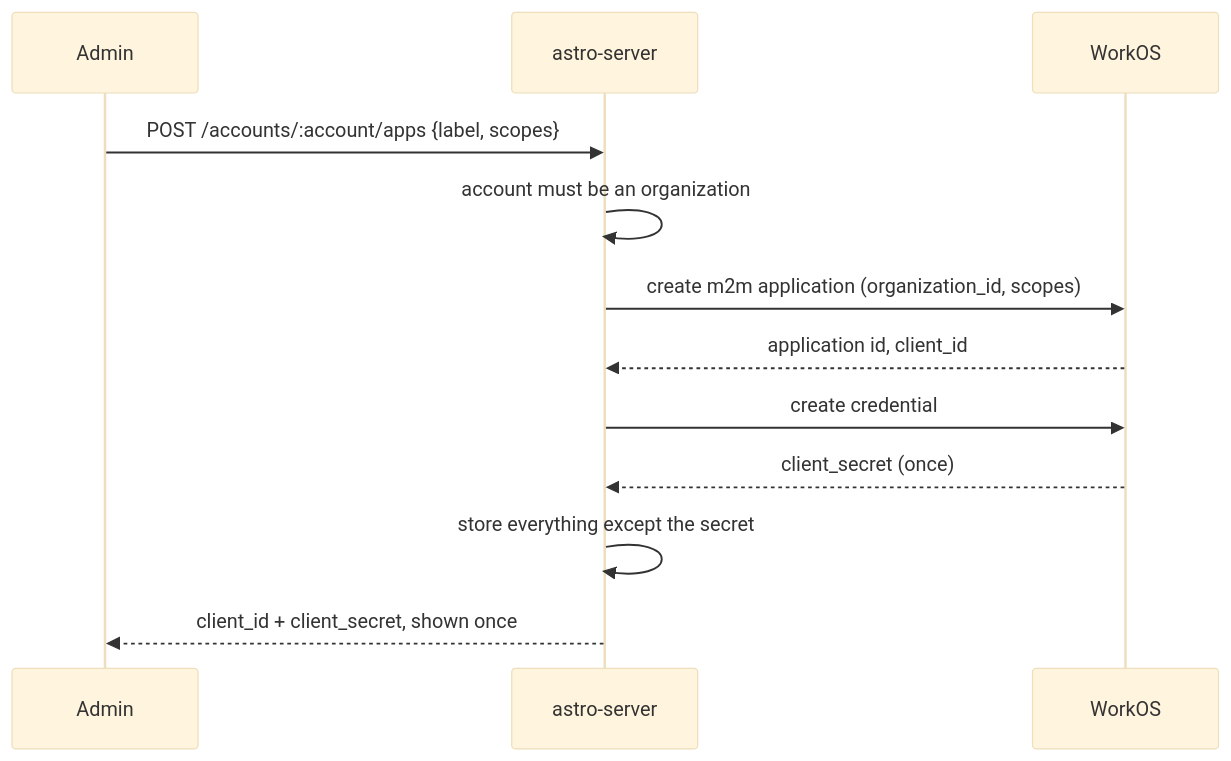
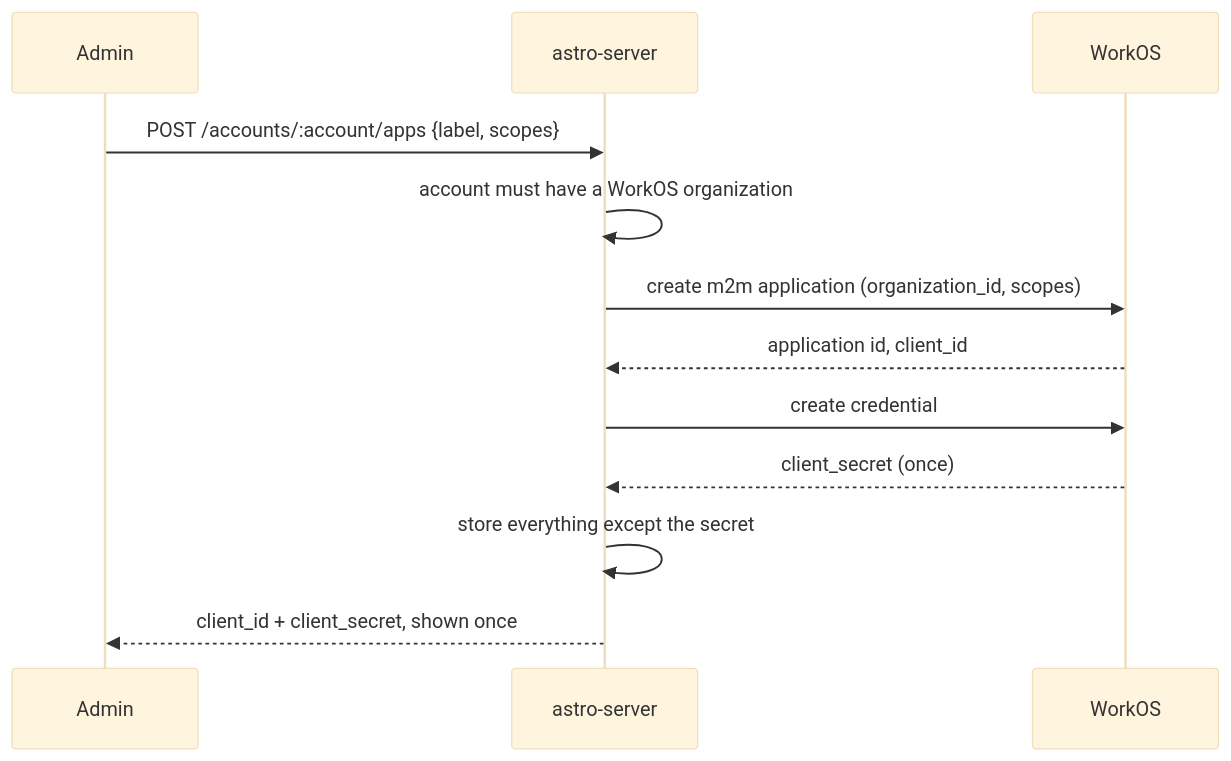
The second of 2 diagrams in docs/01-spec/machine-credentials-spec.md (astropods/astro-cli), drawn with Mermaid (base theme) before and after one commit. The commit also changed other lines of this file and 25 other files, not shown here.

````diff
--- a/docs/01-spec/machine-credentials-spec.md
+++ b/docs/01-spec/machine-credentials-spec.md
@@ -81,15 +80,15 @@
 ```mermaid
 sequenceDiagram
     participant Admin
     participant Server as astro-server
     participant WorkOS
 
     Admin->>Server: POST /accounts/:account/apps {label, scopes}
-    Server->>Server: account must be an organization
+    Server->>Server: account must have a WorkOS organization
     Server->>WorkOS: create m2m application (organization_id, scopes)
     WorkOS-->>Server: application id, client_id
     Server->>WorkOS: create credential
     WorkOS-->>Server: client_secret (once)
     Server->>Server: store everything except the secret
     Server-->>Admin: client_id + client_secret, shown once
 ```
````
